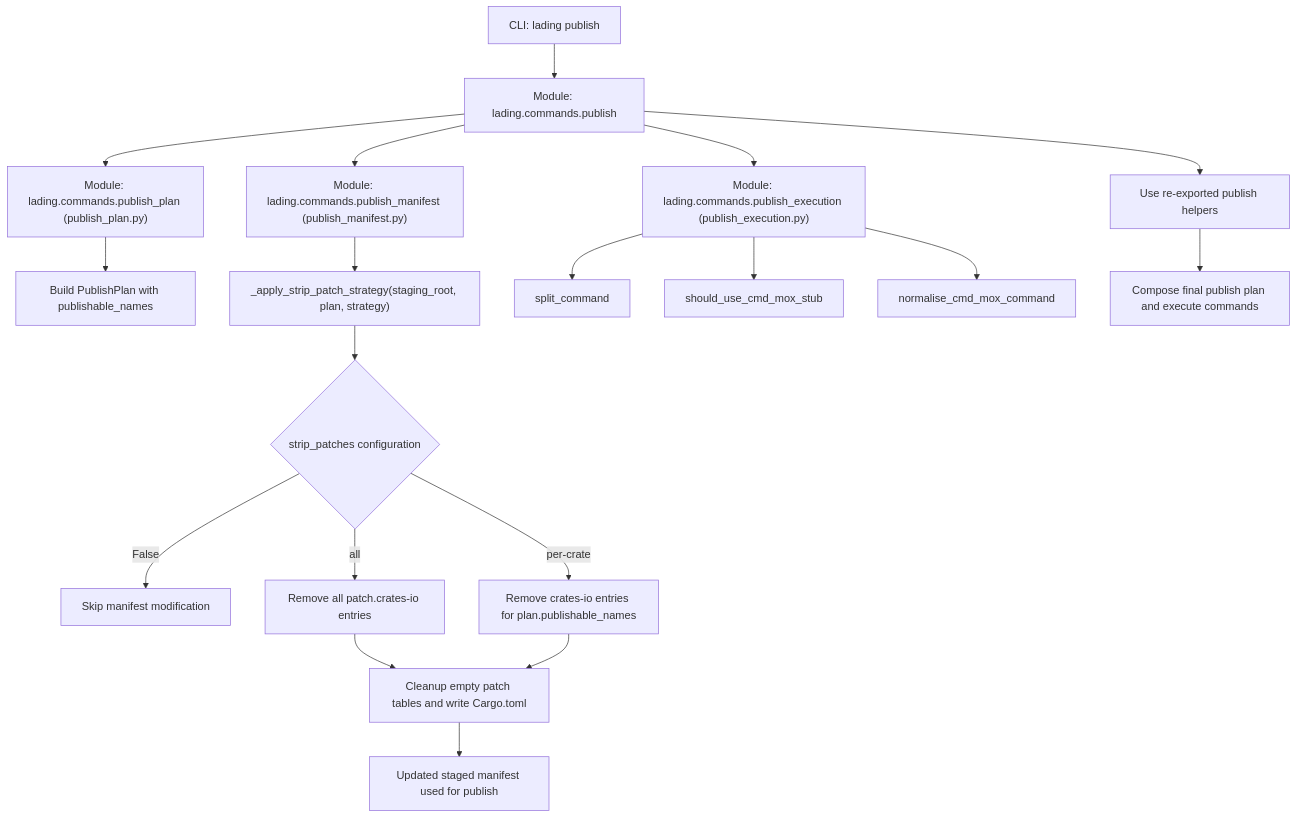
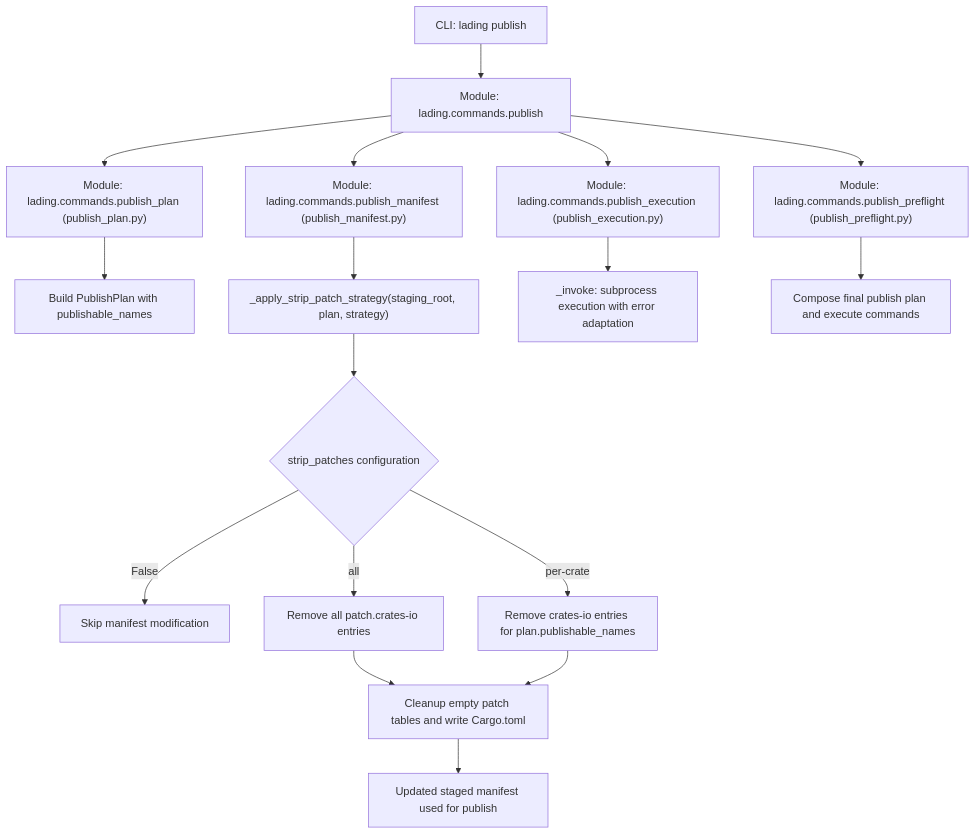
One commit to leynos/lading changed the first of 2 diagrams in docs/lading-design.md. Above: the diagram before and after it, drawn with Mermaid. The commit also changed 19 other files, not shown here.

````diff
--- a/docs/lading-design.md
+++ b/docs/lading-design.md
@@ -194,23 +194,21 @@
 ```mermaid
 graph TD
     A["CLI: lading publish"] --> B["Module: lading.commands.publish"]
     B --> C["Module: lading.commands.publish_plan (publish_plan.py)"]
     C --> C1["Build PublishPlan with publishable_names"]
     B --> D["Module: lading.commands.publish_manifest (publish_manifest.py)"]
     D --> D1["_apply_strip_patch_strategy(staging_root, plan, strategy)"]
     D1 --> D2{"strip_patches configuration"}
     D2 -->|"False"| E["Skip manifest modification"]
     D2 -->|"all"| F["Remove all patch.crates-io entries"]
     D2 -->|"per-crate"| G["Remove crates-io entries for plan.publishable_names"]
     F --> H["Cleanup empty patch tables and write Cargo.toml"]
     G --> H
     H --> I["Updated staged manifest used for publish"]
 
     B --> J["Module: lading.commands.publish_execution (publish_execution.py)"]
-    J --> K["split_command"]
-    J --> L["should_use_cmd_mox_stub"]
-    J --> M["normalise_cmd_mox_command"]
+    J --> K["_invoke: subprocess execution with error adaptation"]
 
-    B --> N["Use re-exported publish helpers"]
+    B --> N["Module: lading.commands.publish_preflight (publish_preflight.py)"]
     N --> O["Compose final publish plan and execute commands"]
 ```
````
